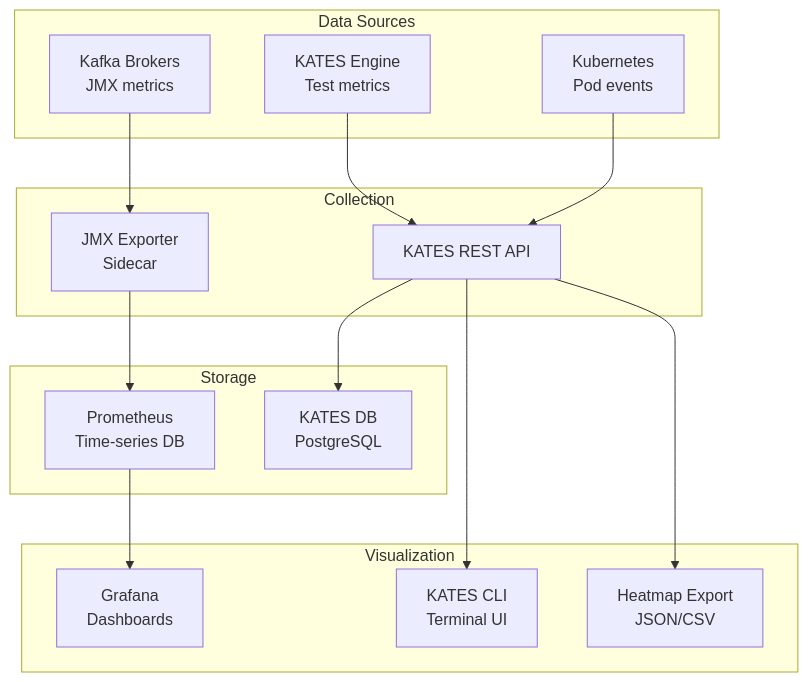
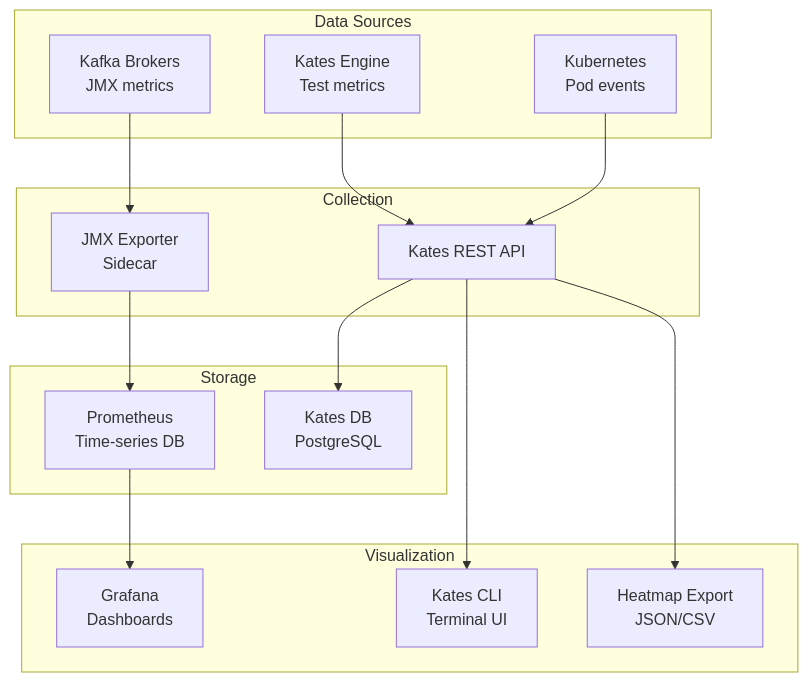
The first of 2 diagrams in docs/book/09-observability.md (actions-marketplace-validations/bmscomp_kates), drawn with Mermaid before and after one commit. The commit also changed other lines of this file and 34 other files, not shown here.

````diff
--- a/docs/book/09-observability.md
+++ b/docs/book/09-observability.md
@@ -7,30 +7,30 @@
 ```mermaid
 graph TB
     subgraph Sources["Data Sources"]
         KB[Kafka Brokers<br/>JMX metrics]
-        KE[KATES Engine<br/>Test metrics]
+        KE[Kates Engine<br/>Test metrics]
         K8S[Kubernetes<br/>Pod events]
     end
     
     subgraph Collection["Collection"]
         JMX[JMX Exporter<br/>Sidecar]
-        API[KATES REST API]
+        API[Kates REST API]
     end
     
     subgraph Storage["Storage"]
         PROM[Prometheus<br/>Time-series DB]
-        DB[KATES DB<br/>PostgreSQL]
+        DB[Kates DB<br/>PostgreSQL]
     end
     
     subgraph Visualization["Visualization"]
         GRAF[Grafana<br/>Dashboards]
-        CLI[KATES CLI<br/>Terminal UI]
+        CLI[Kates CLI<br/>Terminal UI]
         HM[Heatmap Export<br/>JSON/CSV]
     end
     
     KB --> JMX --> PROM --> GRAF
     KE --> API --> DB
     API --> CLI
     API --> HM
     K8S --> API
 ```
````
